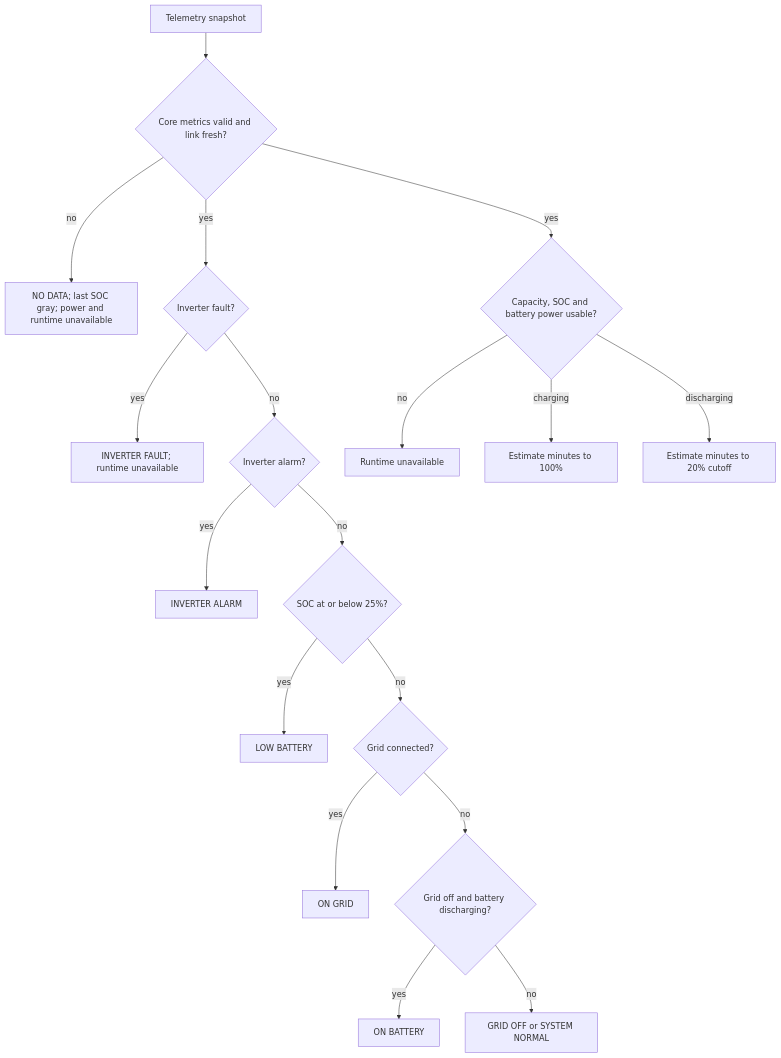
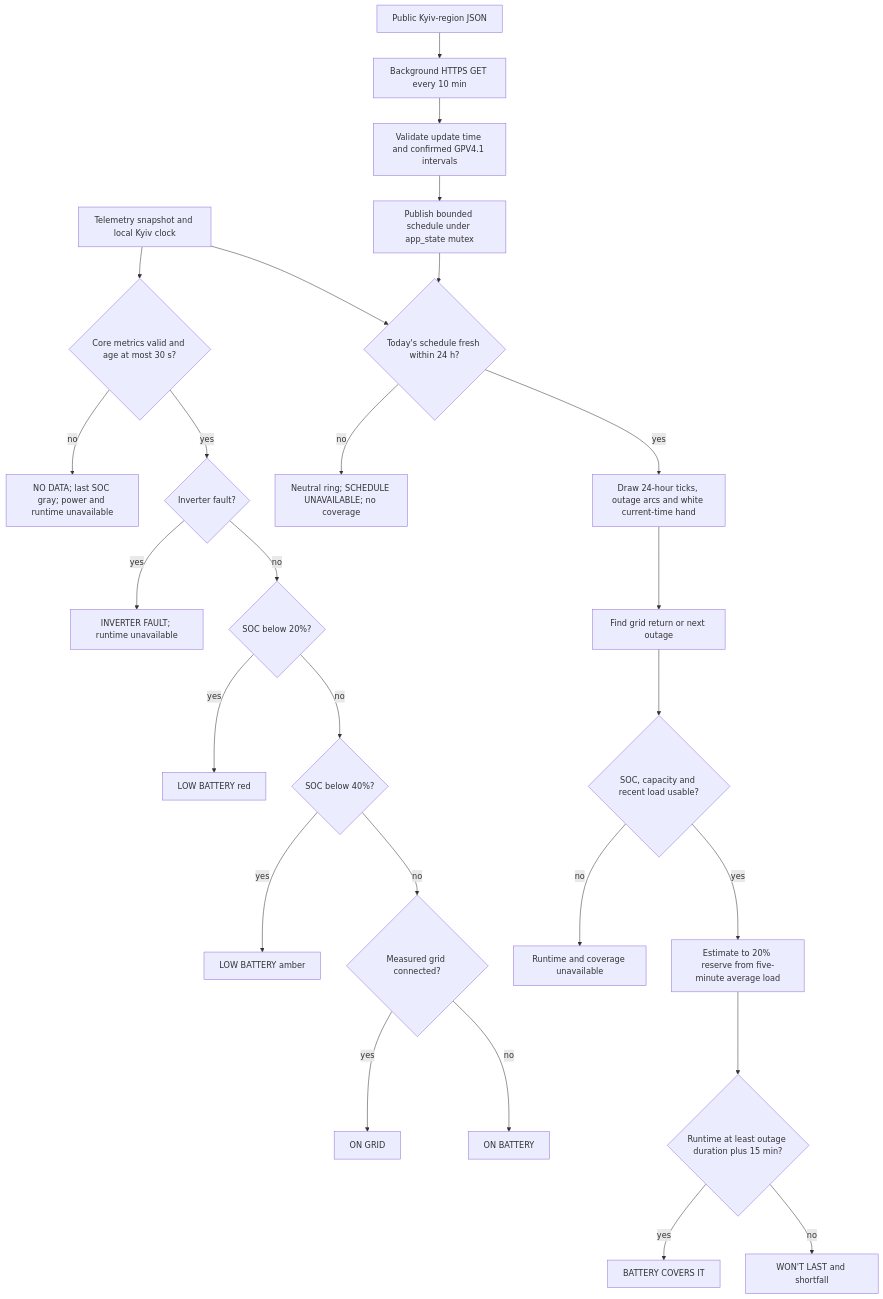
Before and after one commit to shaposhnikoff/ESP32_S3_INTEGRATED_DISPLAY_DEYE_6: the diagram in docs/diagrams/overview-state-flow.md, drawn with Mermaid. The commit also changed 55 other files, not shown here.

Commit message:
feat: add live 24-hour outage overview for Waveshare 7B (#2)

````diff
--- a/docs/diagrams/overview-state-flow.md
+++ b/docs/diagrams/overview-state-flow.md
@@ -3,20 +3,28 @@
 ```mermaid
 flowchart TD
-    Snapshot["Telemetry snapshot"] --> Live{"Core metrics valid and link fresh?"}
+    Snapshot["Telemetry snapshot and local Kyiv clock"] --> Live{"Core metrics valid and age at most 30 s?"}
     Live -->|no| NoData["NO DATA; last SOC gray; power and runtime unavailable"]
     Live -->|yes| Fault{"Inverter fault?"}
     Fault -->|yes| FaultView["INVERTER FAULT; runtime unavailable"]
-    Fault -->|no| Alarm{"Inverter alarm?"}
-    Alarm -->|yes| AlarmView["INVERTER ALARM"]
-    Alarm -->|no| Low{"SOC at or below 25%?"}
-    Low -->|yes| LowView["LOW BATTERY"]
-    Low -->|no| Grid{"Grid connected?"}
+    Fault -->|no| Critical{"SOC below 20%?"}
+    Critical -->|yes| CriticalView["LOW BATTERY red"]
+    Critical -->|no| Low{"SOC below 40%?"}
+    Low -->|yes| LowView["LOW BATTERY amber"]
+    Low -->|no| Grid{"Measured grid connected?"}
     Grid -->|yes| GridView["ON GRID"]
-    Grid -->|no| Discharge{"Grid off and battery discharging?"}
-    Discharge -->|yes| BatteryView["ON BATTERY"]
-    Discharge -->|no| GridOff["GRID OFF or SYSTEM NORMAL"]
-    Live -->|yes| Estimate{"Capacity, SOC and battery power usable?"}
-    Estimate -->|no| NoEstimate["Runtime unavailable"]
-    Estimate -->|charging| Full["Estimate minutes to 100%"]
-    Estimate -->|discharging| Cutoff["Estimate minutes to 20% cutoff"]
+    Grid -->|no| BatteryView["ON BATTERY"]
+    Mirror["Public Kyiv-region JSON"] --> Fetch["Background HTTPS GET every 10 min"]
+    Fetch --> Parse["Validate update time and confirmed GPV4.1 intervals"]
+    Parse --> Cache["Publish bounded schedule under app_state mutex"]
+    Cache --> Schedule{"Today's schedule fresh within 24 h?"}
+    Snapshot --> Schedule
+    Schedule -->|no| Unavailable["Neutral ring; SCHEDULE UNAVAILABLE; no coverage"]
+    Schedule -->|yes| Dial["Draw 24-hour ticks, outage arcs and white current-time hand"]
+    Dial --> Event["Find grid return or next outage"]
+    Event --> Estimate{"SOC, capacity and recent load usable?"}
+    Estimate -->|no| NoEstimate["Runtime and coverage unavailable"]
+    Estimate -->|yes| Runtime["Estimate to 20% reserve from five-minute average load"]
+    Runtime --> Coverage{"Runtime at least outage duration plus 15 min?"}
+    Coverage -->|yes| Covers["BATTERY COVERS IT"]
+    Coverage -->|no| Short["WON'T LAST and shortfall"]
 ```
````
